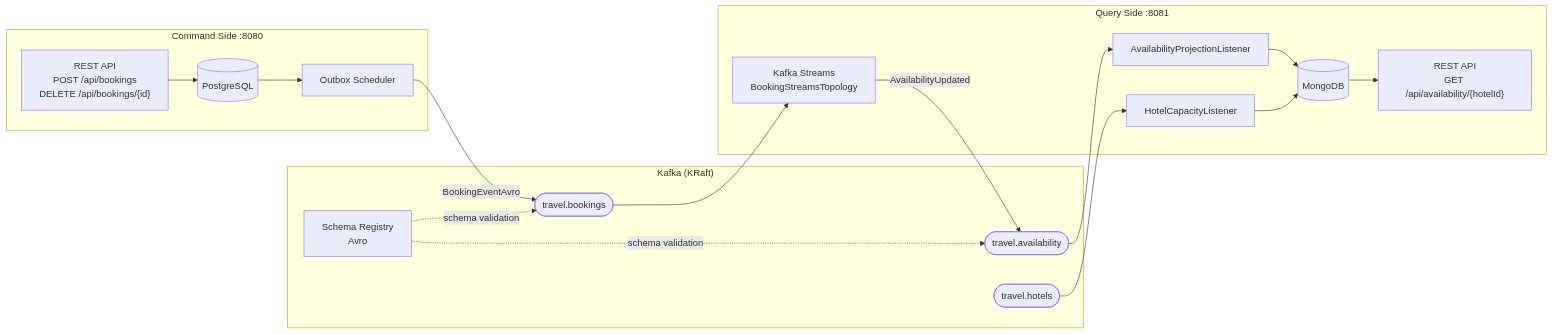
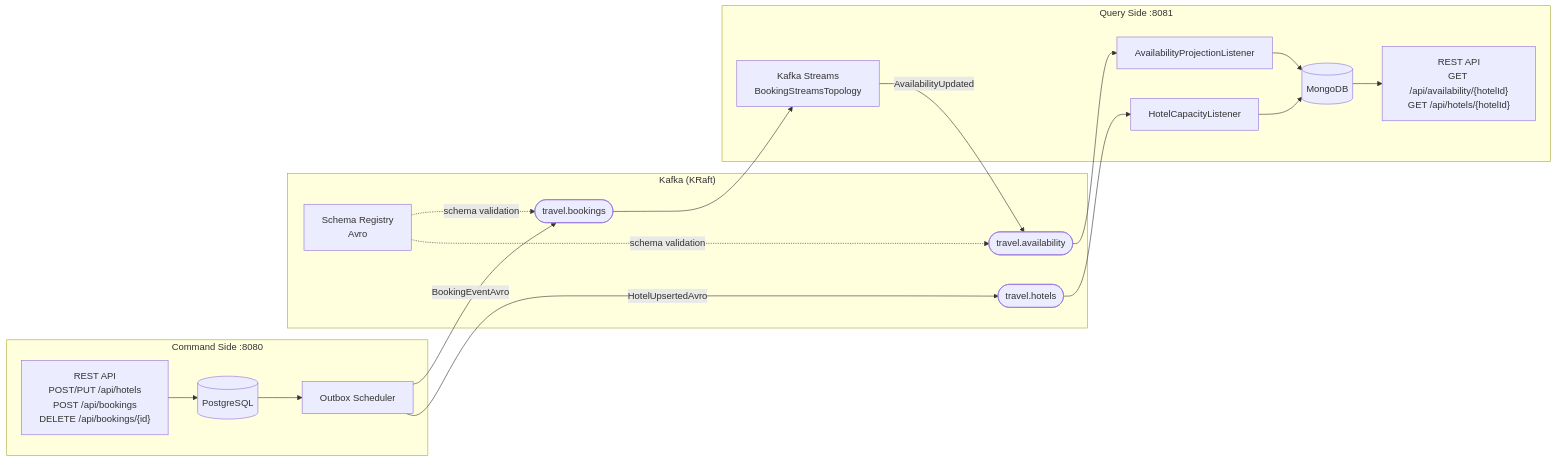
One commit to mrzodeczko-dev/Travel-Agency-CQRS changed the diagram in README.md. Above: the diagram before and after it, drawn with Mermaid. The commit also changed other lines of this file and 24 other files, not shown here.

````diff
--- a/README.md
+++ b/README.md
@@ -57,34 +60,35 @@
 ```mermaid
 flowchart LR
     subgraph cmd["Command Side :8080"]
-        API_C["REST API\nPOST /api/bookings\nDELETE /api/bookings/{id}"]
+        API_C["REST API\nPOST/PUT /api/hotels\nPOST /api/bookings\nDELETE /api/bookings/{id}"]
         PG[("PostgreSQL")]
         OB["Outbox Scheduler"]
     end
 
     subgraph kafka["Kafka (KRaft)"]
         TB(["travel.bookings"])
         TA(["travel.availability"])
         TH(["travel.hotels"])
         SR["Schema Registry\nAvro"]
     end
 
     subgraph query["Query Side :8081"]
         KS["Kafka Streams\nBookingStreamsTopology"]
         APL["AvailabilityProjectionListener"]
         HCL["HotelCapacityListener"]
-        API_Q["REST API\nGET /api/availability/{hotelId}"]
+        API_Q["REST API\nGET /api/availability/{hotelId}\nGET /api/hotels/{hotelId}"]
         MDB[("MongoDB")]
     end
 
     API_C --> PG
     PG --> OB
     OB -->|BookingEventAvro| TB
+    OB -->|HotelUpsertedAvro| TH
     TB --> KS
     KS -->|AvailabilityUpdated| TA
     TA --> APL --> MDB
     TH --> HCL --> MDB
     MDB --> API_Q
     SR -.->|schema validation| TB
     SR -.->|schema validation| TA
 ```
````
